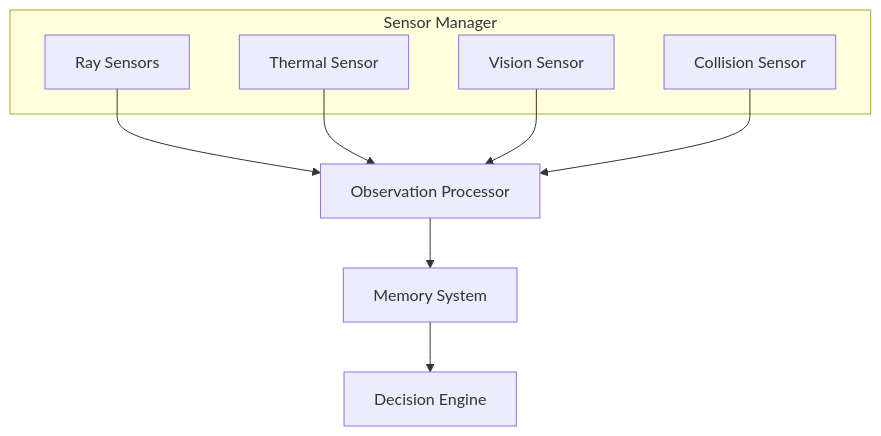
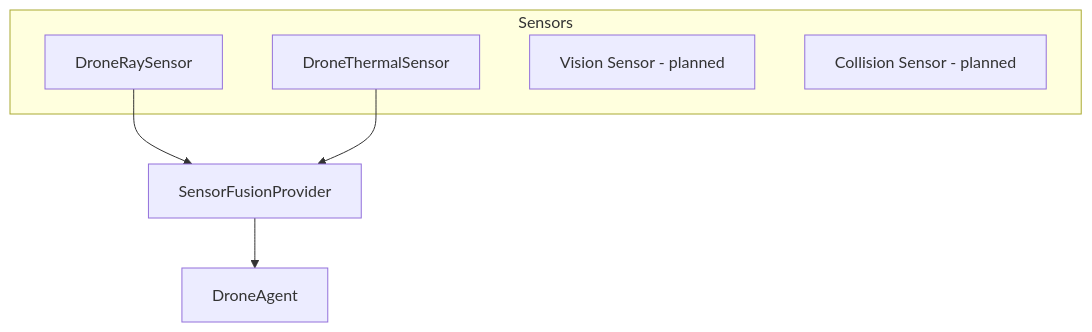
Before and after one commit to NihaalGharat/ADRL-Rescue: the first of 2 diagrams in Documentation/09_SENSOR_SYSTEM.md, drawn with Mermaid. The commit also changed other lines of this file and 10 other files, not shown here.

````diff
--- a/Documentation/09_SENSOR_SYSTEM.md
+++ b/Documentation/09_SENSOR_SYSTEM.md
@@ -13,17 +13,14 @@
 ```mermaid
 graph TD
-    subgraph "Sensor Manager"
-        RS[Ray Sensors]
-        TS[Thermal Sensor]
-        VS[Vision Sensor]
-        CS[Collision Sensor]
+    subgraph "Sensors"
+        RS[DroneRaySensor]
+        TS[DroneThermalSensor]
+        VS[Vision Sensor - planned]
+        CS[Collision Sensor - planned]
     end
-    
-    RS --> OP[Observation Processor]
-    TS --> OP
-    VS --> OP
-    CS --> OP
-    
-    OP --> M[Memory System]
-    M --> AI[Decision Engine]
+
+    RS --> SF[SensorFusionProvider]
+    TS --> SF
+
+    SF --> AG[DroneAgent]
 ```
````
